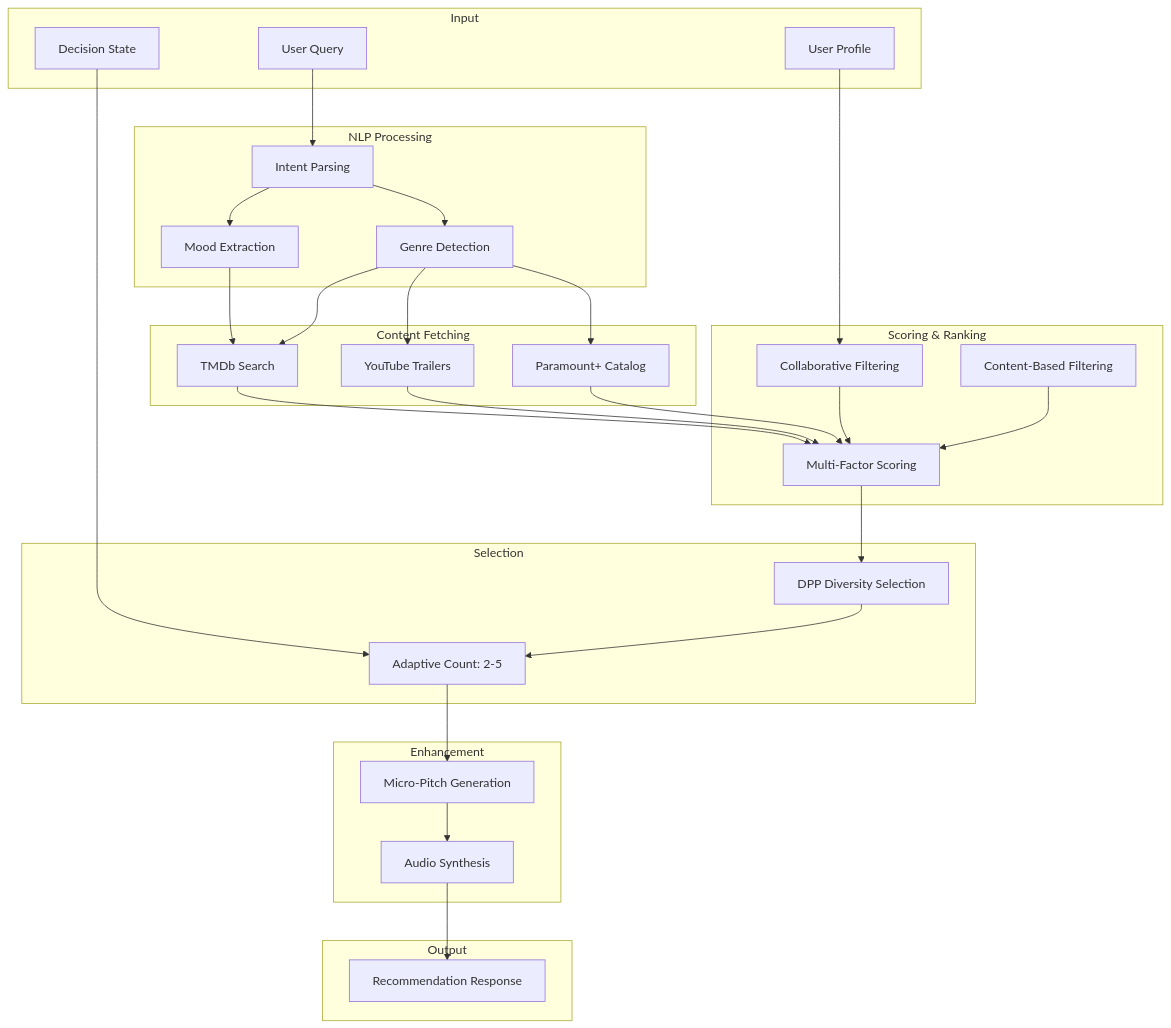
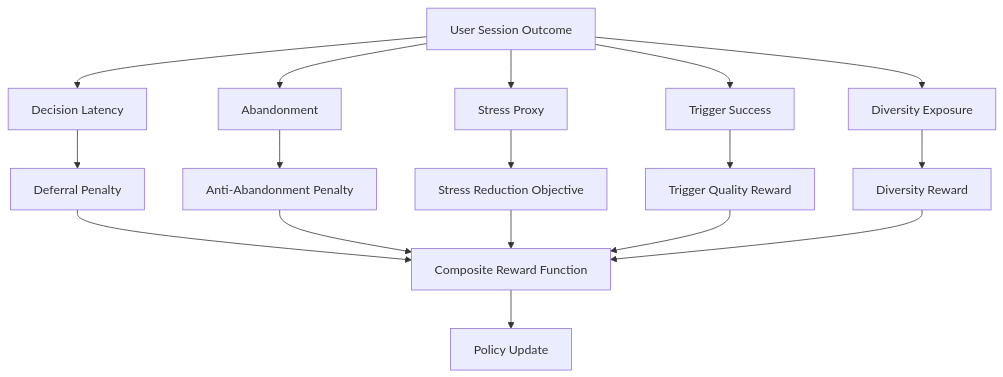
Before and after one commit to parthassamal/Sequential-narrative-AI: the tenth of 14 diagrams in README.md, drawn with Mermaid. The commit also changed other lines of this file, not shown here.

````diff
--- a/README.md
+++ b/README.md
@@ -356,64 +324,22 @@
 ```mermaid
 flowchart TB
-    subgraph Input
-        Q[User Query]
-        UP[User Profile]
-        DS[Decision State]
-    end
+    UO[User Session Outcome] --> DL[Decision Latency]
+    UO --> AB[Abandonment]
+    UO --> SP[Stress Proxy]
+    UO --> TS[Trigger Success]
+    UO --> DE[Diversity Exposure]
 
-    subgraph NLP["NLP Processing"]
-        IP[Intent Parsing]
-        ME[Mood Extraction]
-        GE[Genre Detection]
-    end
+    DL --> P1[Deferral Penalty]
+    AB --> P2[Anti-Abandonment Penalty]
+    SP --> R1[Stress Reduction Objective]
+    TS --> R2[Trigger Quality Reward]
+    DE --> R3[Diversity Reward]
 
-    subgraph Fetch["Content Fetching"]
-        TMDB[TMDb Search]
-        YT[YouTube Trailers]
-        PARA[Paramount+ Catalog]
-    end
+    P1 --> CR[Composite Reward Function]
+    P2 --> CR
+    R1 --> CR
+    R2 --> CR
+    R3 --> CR
 
-    subgraph Score["Scoring & Ranking"]
-        MF[Multi-Factor Scoring]
-        CF[Collaborative Filtering]
-        CB[Content-Based Filtering]
-    end
-
-    subgraph Select["Selection"]
-        DPP[DPP Diversity Selection]
-        AC[Adaptive Count: 2-5]
-    end
-
-    subgraph Enhance["Enhancement"]
-        MP[Micro-Pitch Generation]
-        AU[Audio Synthesis]
-    end
-
-    subgraph Output
-        RR[Recommendation Response]
-    end
-
-    Q --> IP
-    IP --> ME
-    IP --> GE
-    
-    ME --> TMDB
-    GE --> TMDB
-    GE --> YT
-    GE --> PARA
-    
-    TMDB --> MF
-    YT --> MF
-    PARA --> MF
-    UP --> CF
-    CF --> MF
-    CB --> MF
-    
-    MF --> DPP
-    DS --> AC
-    DPP --> AC
-    
-    AC --> MP
-    MP --> AU
-    AU --> RR
+    CR --> PU[Policy Update]
 ```
````
